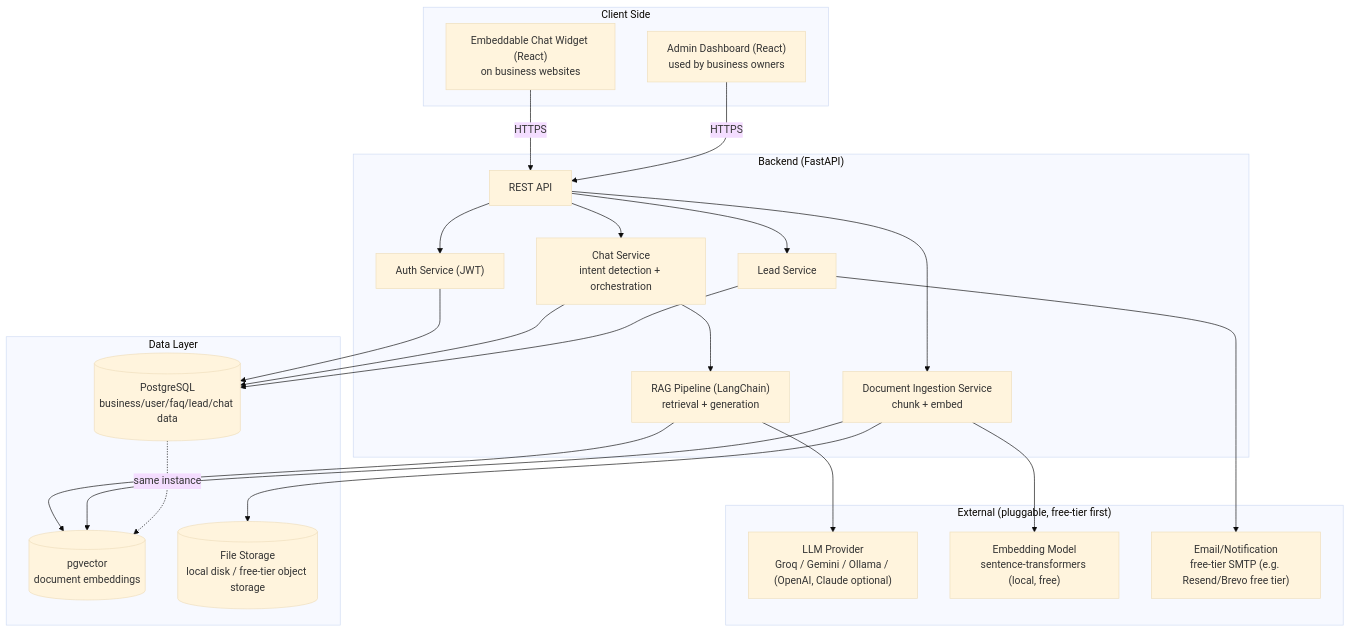
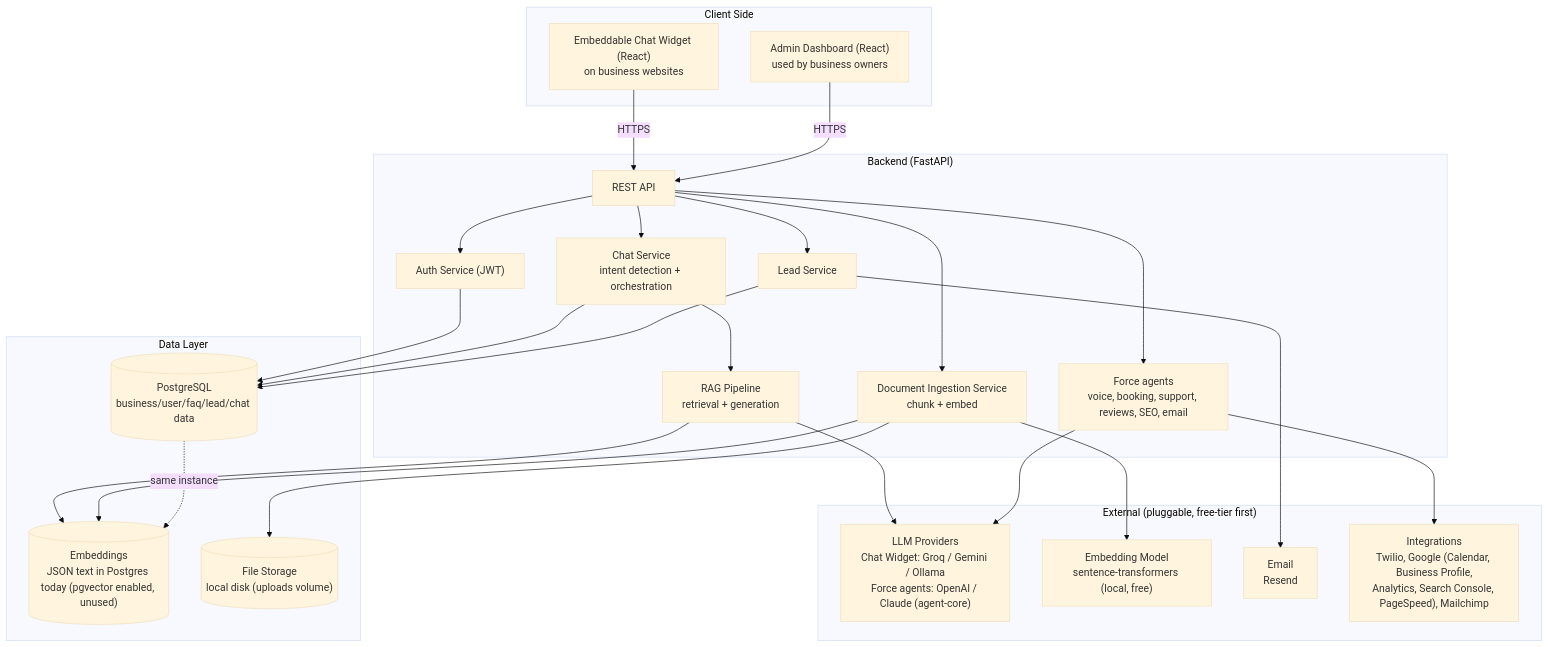
Before and after one commit to mielikkix/mielikkix-ai: the diagram in files/ARCHITECTURE.md, drawn with Mermaid (base theme). The commit also changed other lines of this file and 31 other files, not shown here.

````diff
--- a/files/ARCHITECTURE.md
+++ b/files/ARCHITECTURE.md
@@ -7,46 +7,51 @@
 ```mermaid
 graph TB
     subgraph "Client Side"
         W["Embeddable Chat Widget (React)<br/>on business websites"]
         D["Admin Dashboard (React)<br/>used by business owners"]
     end
 
     subgraph "Backend (FastAPI)"
         API["REST API"]
         AUTH["Auth Service (JWT)"]
         CHAT["Chat Service<br/>intent detection + orchestration"]
-        RAG["RAG Pipeline (LangChain)<br/>retrieval + generation"]
+        RAG["RAG Pipeline<br/>retrieval + generation"]
+        AGENTS["Force agents<br/>voice, booking, support, reviews, SEO, email"]
         LEAD["Lead Service"]
         DOC["Document Ingestion Service<br/>chunk + embed"]
     end
 
     subgraph "Data Layer"
         PG[("PostgreSQL<br/>business/user/faq/lead/chat data")]
-        VEC[("pgvector<br/>document embeddings")]
-        FS[("File Storage<br/>local disk / free-tier object storage")]
+        VEC[("Embeddings<br/>JSON text in Postgres today (pgvector enabled, unused)")]
+        FS[("File Storage<br/>local disk (uploads volume)")]
     end
 
     subgraph "External (pluggable, free-tier first)"
-        LLM["LLM Provider<br/>Groq / Gemini / Ollama / (OpenAI, Claude optional)"]
+        LLM["LLM Providers<br/>Chat Widget: Groq / Gemini / Ollama<br/>Force agents: OpenAI / Claude (agent-core)"]
         EMB["Embedding Model<br/>sentence-transformers (local, free)"]
-        MAIL["Email/Notification<br/>free-tier SMTP (e.g. Resend/Brevo free tier)"]
+        MAIL["Email<br/>Resend"]
+        EXT["Integrations<br/>Twilio, Google (Calendar, Business Profile,<br/>Analytics, Search Console, PageSpeed), Mailchimp"]
     end
 
     W -->|"HTTPS"| API
     D -->|"HTTPS"| API
     API --> AUTH
     API --> CHAT
     API --> LEAD
     API --> DOC
     CHAT --> RAG
     RAG --> VEC
     RAG --> LLM
     DOC --> EMB
     DOC --> VEC
     DOC --> FS
     AUTH --> PG
     CHAT --> PG
     LEAD --> PG
     LEAD --> MAIL
+    API --> AGENTS
+    AGENTS --> LLM
+    AGENTS --> EXT
     PG -.->|"same instance"| VEC
 ```
````
